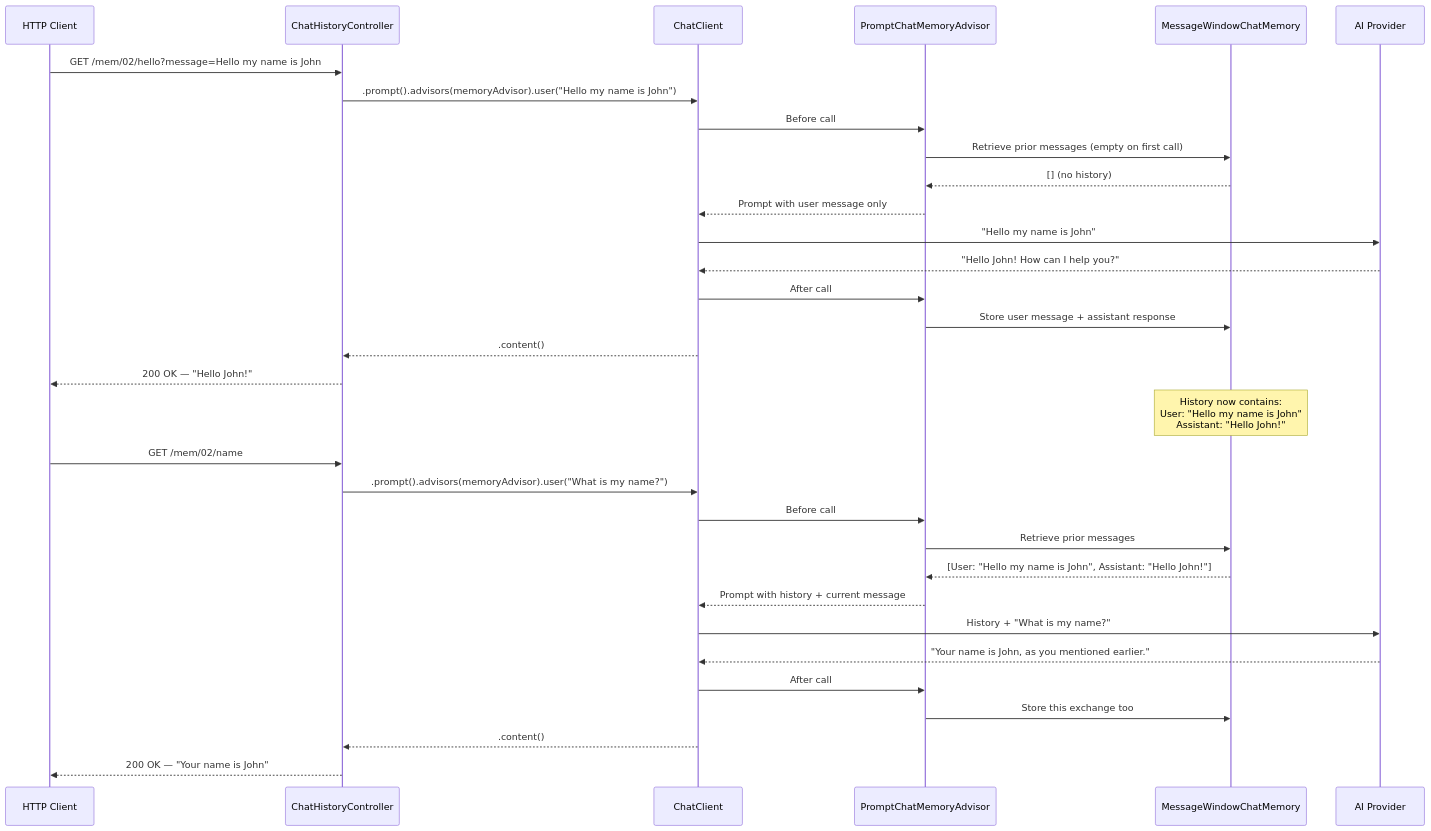
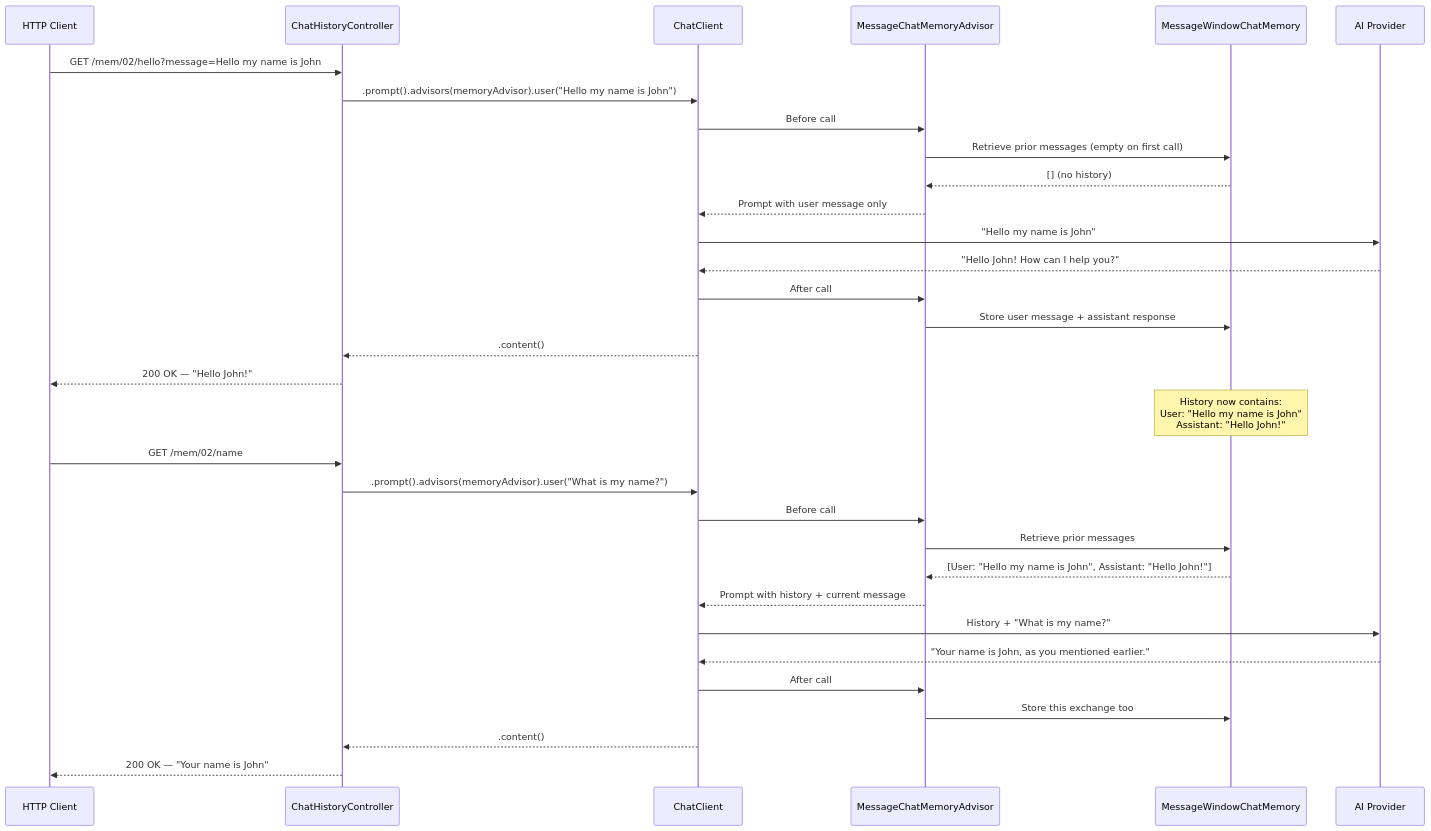
The seventh of 9 diagrams in docs/spring-ai/SPRING_AI_STAGE_4.md (dcaron/spring-ai-zero-to-hero2), drawn with Mermaid before and after one commit. The commit also changed other lines of this file and 48 other files, not shown here.

First line of the commit message:
chore(spring-ai): bump 2.0.0-M5 → 2.0.0-M6 + chat-memory advisor migration

````diff
--- a/docs/spring-ai/SPRING_AI_STAGE_4.md
+++ b/docs/spring-ai/SPRING_AI_STAGE_4.md
@@ -431,41 +434,41 @@
 ```mermaid
 sequenceDiagram
     participant Client as HTTP Client
     participant Controller as ChatHistoryController
     participant ChatClient as ChatClient
-    participant Advisor as PromptChatMemoryAdvisor
+    participant Advisor as MessageChatMemoryAdvisor
     participant Memory as MessageWindowChatMemory
     participant LLM as AI Provider
 
     Client->>Controller: GET /mem/02/hello?message=Hello my name is John
 
     Controller->>ChatClient: .prompt().advisors(memoryAdvisor).user("Hello my name is John")
     ChatClient->>Advisor: Before call
     Advisor->>Memory: Retrieve prior messages (empty on first call)
     Memory-->>Advisor: [] (no history)
     Advisor-->>ChatClient: Prompt with user message only
 
     ChatClient->>LLM: "Hello my name is John"
     LLM-->>ChatClient: "Hello John! How can I help you?"
     ChatClient->>Advisor: After call
     Advisor->>Memory: Store user message + assistant response
     ChatClient-->>Controller: .content()
     Controller-->>Client: 200 OK — "Hello John!"
 
     Note over Memory: History now contains:<br/>User: "Hello my name is John"<br/>Assistant: "Hello John!"
 
     Client->>Controller: GET /mem/02/name
 
     Controller->>ChatClient: .prompt().advisors(memoryAdvisor).user("What is my name?")
     ChatClient->>Advisor: Before call
     Advisor->>Memory: Retrieve prior messages
     Memory-->>Advisor: [User: "Hello my name is John", Assistant: "Hello John!"]
     Advisor-->>ChatClient: Prompt with history + current message
 
     ChatClient->>LLM: History + "What is my name?"
     LLM-->>ChatClient: "Your name is John, as you mentioned earlier."
     ChatClient->>Advisor: After call
     Advisor->>Memory: Store this exchange too
     ChatClient-->>Controller: .content()
     Controller-->>Client: 200 OK — "Your name is John"
 ```
````
